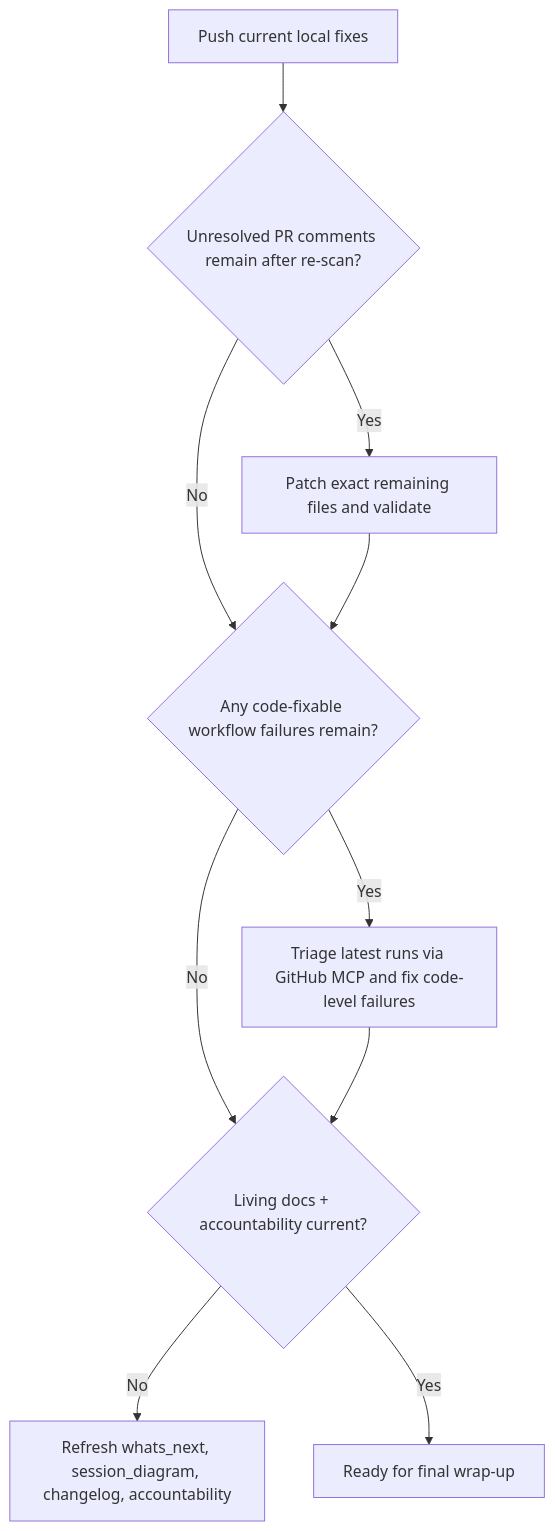
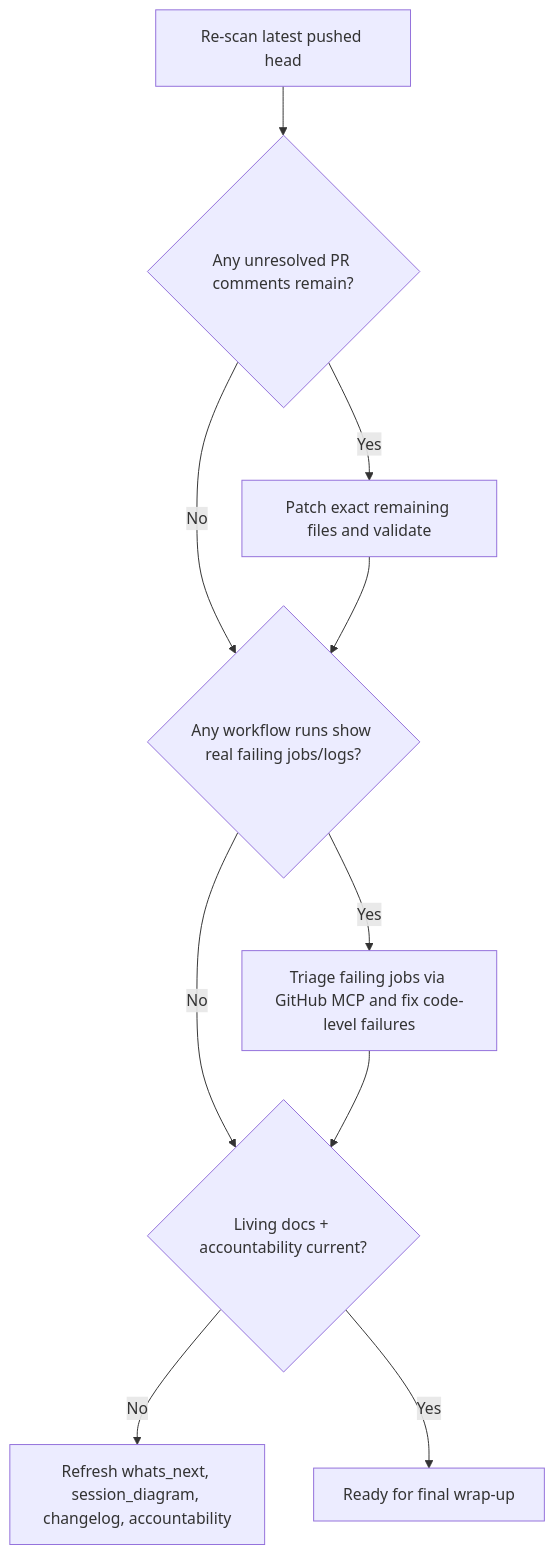
Before and after one commit to Aries-Serpent/_codex_: the second of 2 diagrams in docs/sessions/PR4395_session_diagram.md, drawn with Mermaid. The commit also changed other lines of this file and 3 other files, not shown here.

First line of the commit message:
docs(pr4395): refresh latest review and workflow state

````diff
--- a/docs/sessions/PR4395_session_diagram.md
+++ b/docs/sessions/PR4395_session_diagram.md
@@ -45,12 +47,12 @@
 ```mermaid
 flowchart TD
-    A[Push current local fixes] --> B{Unresolved PR comments remain after re-scan?}
+    A[Re-scan latest pushed head] --> B{Any unresolved PR comments remain?}
     B -->|Yes| C[Patch exact remaining files and validate]
-    B -->|No| D{Any code-fixable workflow failures remain?}
+    B -->|No| D{Any workflow runs show real failing jobs/logs?}
     C --> D
-    D -->|Yes| E[Triage latest runs via GitHub MCP and fix code-level failures]
+    D -->|Yes| E[Triage failing jobs via GitHub MCP and fix code-level failures]
     D -->|No| F{Living docs + accountability current?}
     E --> F
     F -->|No| G[Refresh whats_next, session_diagram, changelog, accountability]
     F -->|Yes| H[Ready for final wrap-up]
 ```
````
